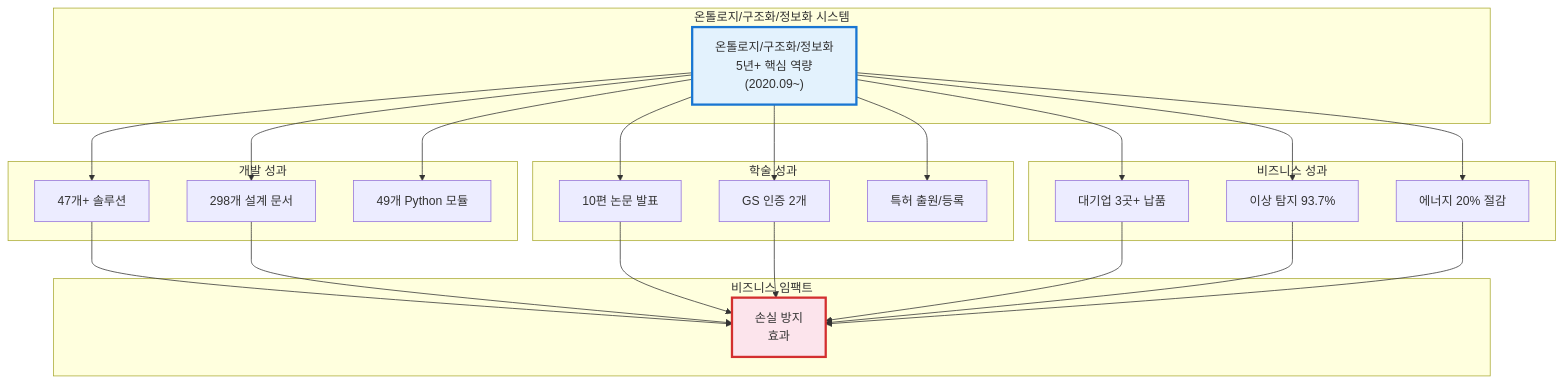
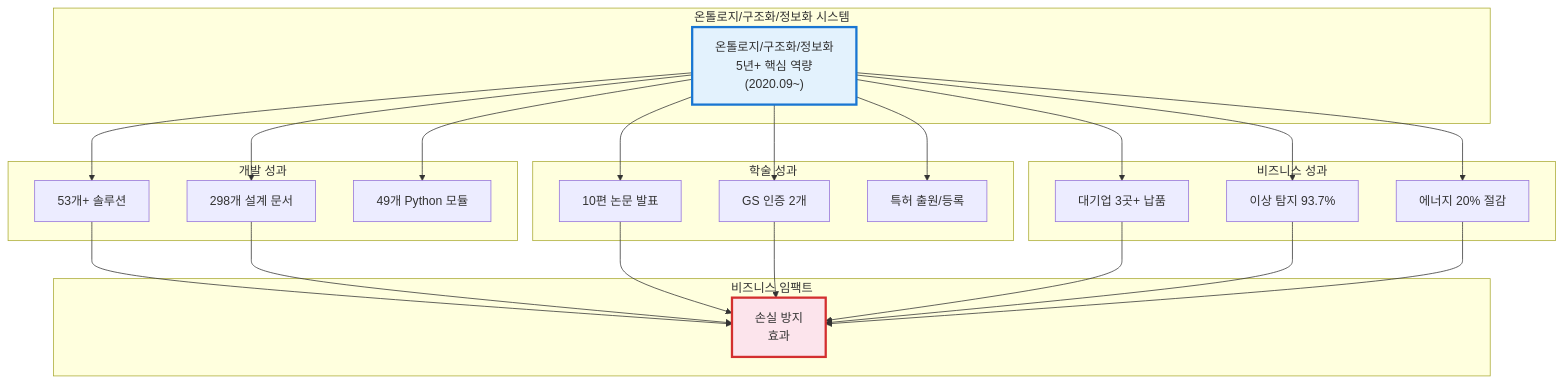
The first of 6 diagrams in portfolio/portfolio_docs/Executive_Summary/01_Key_Achievements.md (moobaek/Testing_AI_agents_for_public_use), drawn with Mermaid before and after one commit. The commit also changed other lines of this file and 38 other files, not shown here.

````diff
--- a/portfolio/portfolio_docs/Executive_Summary/01_Key_Achievements.md
+++ b/portfolio/portfolio_docs/Executive_Summary/01_Key_Achievements.md
@@ -17,49 +17,49 @@
 ```mermaid
 graph TB
     subgraph "온톨로지/구조화/정보화 시스템"
         ONT["온톨로지/구조화/정보화<br/>5년+ 핵심 역량<br/>(2020.09~)"]
     end
     
     subgraph "개발 성과"
-        A1["47개+ 솔루션"]
+        A1["53개+ 솔루션"]
         A2["298개 설계 문서"]
         A3["49개 Python 모듈"]
     end
 
     subgraph "학술 성과"
         B1["10편 논문 발표"]
         B2["GS 인증 2개"]
         B3["특허 출원/등록"]
     end
     
     subgraph "비즈니스 성과"
         C1["대기업 3곳+ 납품"]
         C2["이상 탐지 93.7%"]
         C3["에너지 20% 절감"]
     end
     
     subgraph "비즈니스 임팩트"
         D["손실 방지<br/>효과"]
     end
     
     ONT --> A1
     ONT --> A2
     ONT --> A3
     ONT --> B1
     ONT --> B2
     ONT --> B3
     ONT --> C1
     ONT --> C2
     ONT --> C3
     
     A1 --> D
     A2 --> D
     B1 --> D
     B2 --> D
     C1 --> D
     C2 --> D
     C3 --> D
     
     style ONT fill:#e3f2fd,stroke:#1976d2,stroke-width:3px
     style D fill:#fce4ec,stroke:#d32f2f,stroke-width:3px
 ```
````
